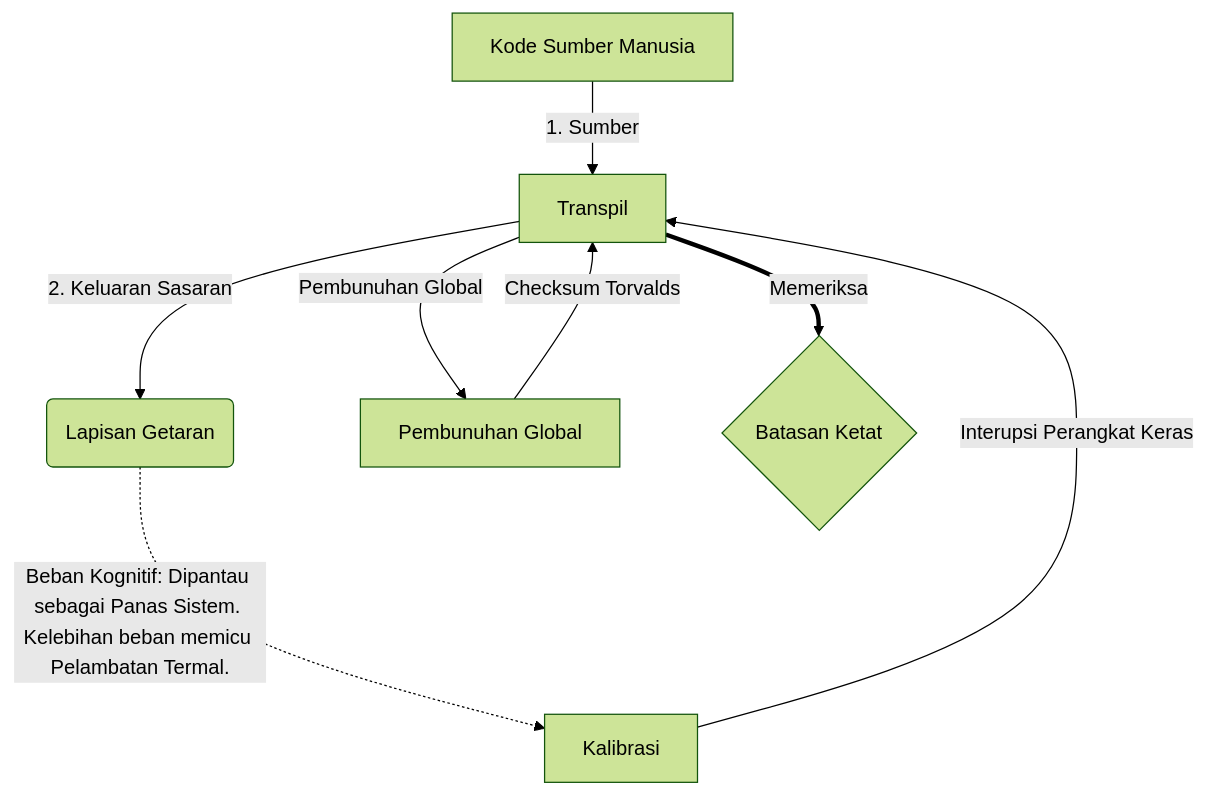
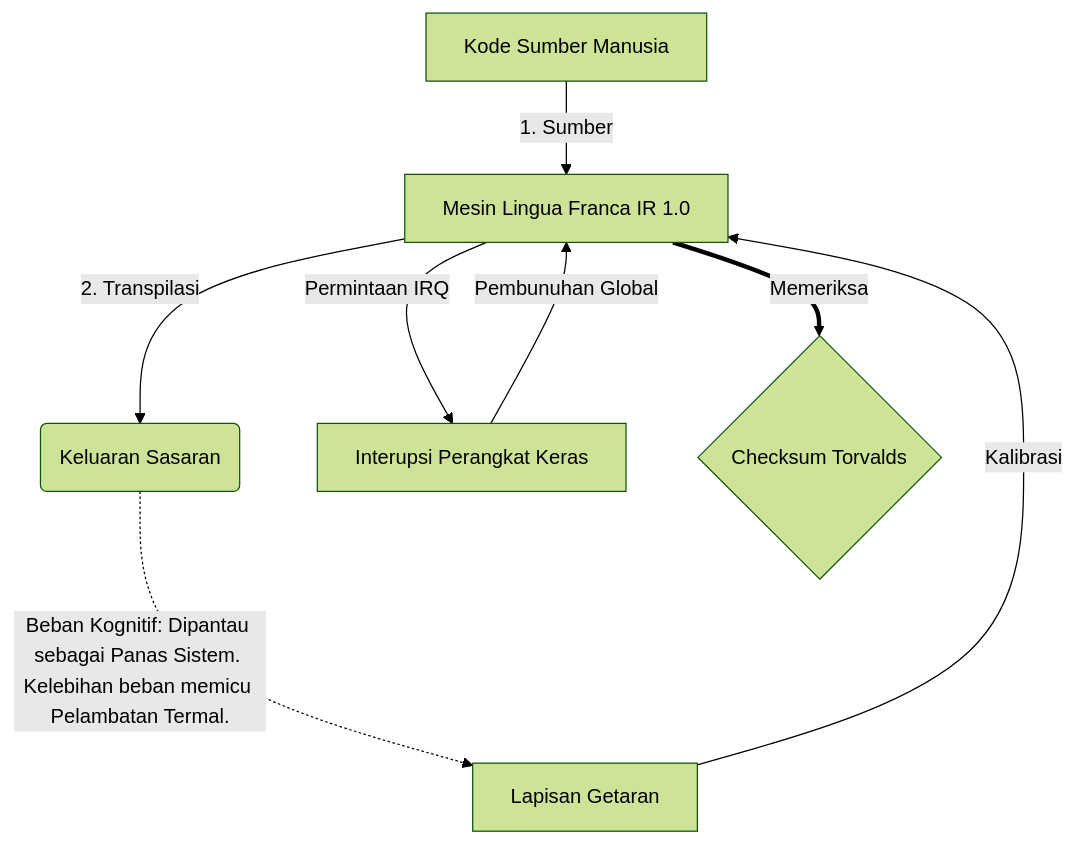
Before and after one commit to 0compute/machine: the diagram in README.hacker.id.md, drawn with Mermaid (forest theme). The commit also changed other lines of this file and 103 other files, not shown here.

````diff
--- a/README.hacker.id.md
+++ b/README.hacker.id.md
@@ -93,10 +93,10 @@
 ```mermaid
 graph TD
-    A[Kode Sumber Manusia] -->|1. Sumber| B[Transpil]
-    B -->|2. Keluaran Sasaran| C(Lapisan Getaran)
-    C -.->|Beban Kognitif: Dipantau sebagai Panas Sistem. Kelebihan beban memicu Pelambatan Termal.| G[Kalibrasi]
-    G -->|Interupsi Perangkat Keras| B
-    B -->|Pembunuhan Global| H[Pembunuhan Global]
-    H -->|Checksum Torvalds| B
-    B == Memeriksa ==> I{Batasan Ketat}
+    A[Kode Sumber Manusia] -->|1. Sumber| B[Mesin Lingua Franca IR 1.0]
+    B -->|2. Transpilasi| C(Keluaran Sasaran)
+    C -.->|Beban Kognitif: Dipantau sebagai Panas Sistem. Kelebihan beban memicu Pelambatan Termal.| G[Lapisan Getaran]
+    G -->|Kalibrasi| B
+    B -->|Permintaan IRQ| H[Interupsi Perangkat Keras]
+    H -->|Pembunuhan Global| B
+    B == Memeriksa ==> I{Checksum Torvalds}
 ```
````
